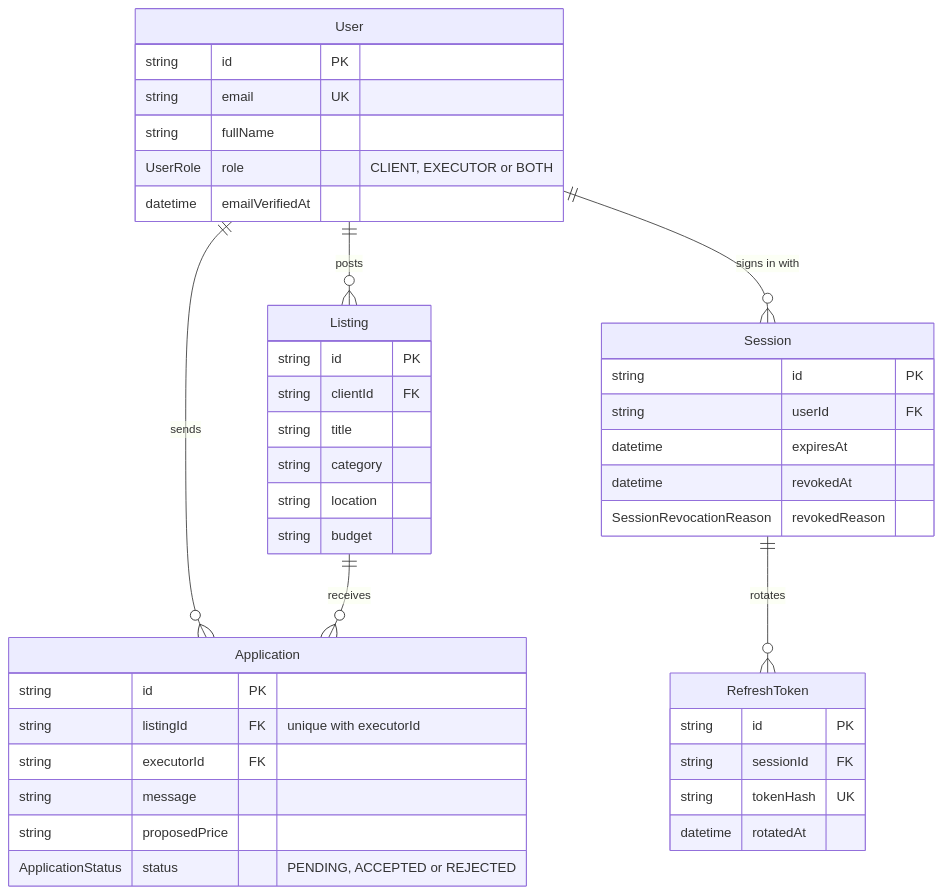
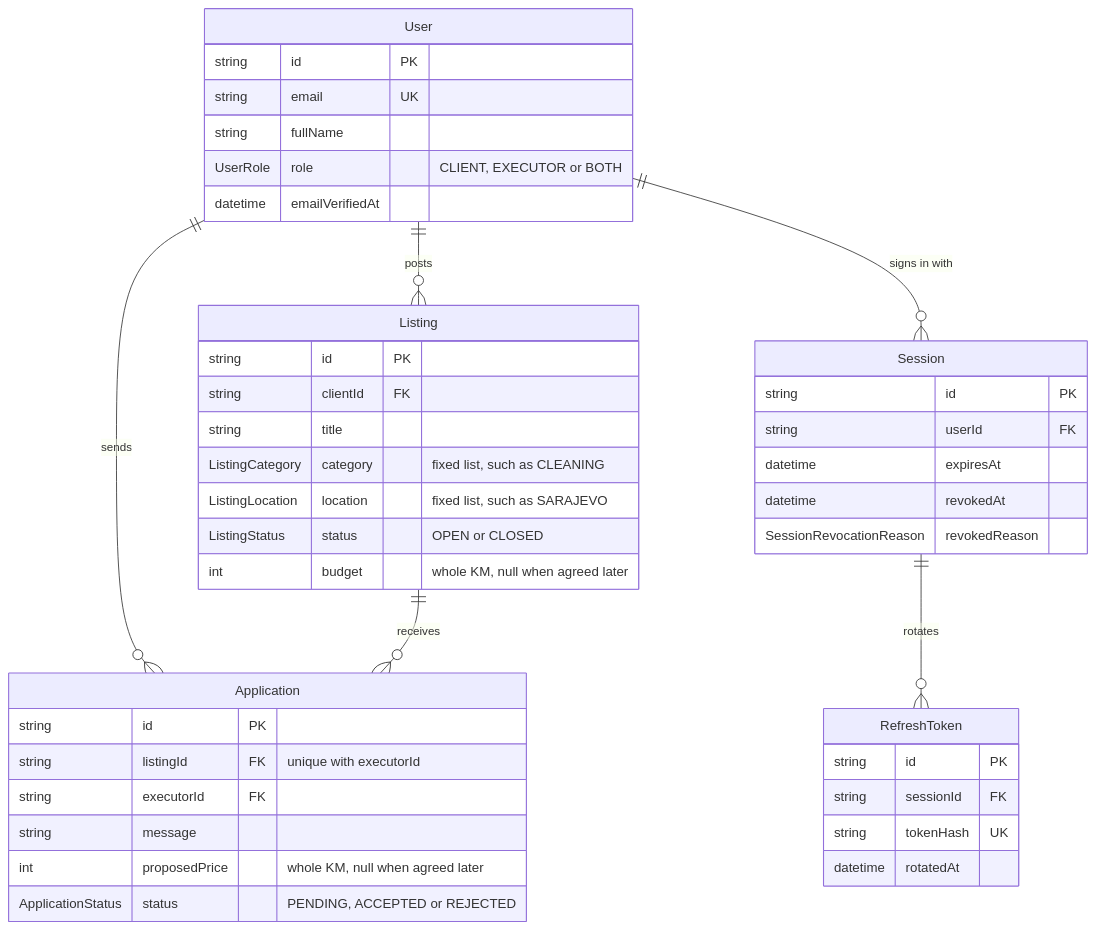
Before and after one commit to Muhamed2805/SaStrane: the third of 3 diagrams in README.md, drawn with Mermaid. The commit also changed other lines of this file and 47 other files, not shown here.

````diff
--- a/README.md
+++ b/README.md
@@ -176,45 +179,46 @@
 ```mermaid
 erDiagram
   User ||--o{ Listing : posts
   User ||--o{ Application : sends
   Listing ||--o{ Application : receives
   User ||--o{ Session : "signs in with"
   Session ||--o{ RefreshToken : rotates
 
   User {
     string id PK
     string email UK
     string fullName
     UserRole role "CLIENT, EXECUTOR or BOTH"
     datetime emailVerifiedAt
   }
   Listing {
     string id PK
     string clientId FK
     string title
-    string category
-    string location
-    string budget
+    ListingCategory category "fixed list, such as CLEANING"
+    ListingLocation location "fixed list, such as SARAJEVO"
+    ListingStatus status "OPEN or CLOSED"
+    int budget "whole KM, null when agreed later"
   }
   Application {
     string id PK
     string listingId FK "unique with executorId"
     string executorId FK
     string message
-    string proposedPrice
+    int proposedPrice "whole KM, null when agreed later"
     ApplicationStatus status "PENDING, ACCEPTED or REJECTED"
   }
   Session {
     string id PK
     string userId FK
     datetime expiresAt
     datetime revokedAt
     SessionRevocationReason revokedReason
   }
   RefreshToken {
     string id PK
     string sessionId FK
     string tokenHash UK
     datetime rotatedAt
   }
 ```
````
